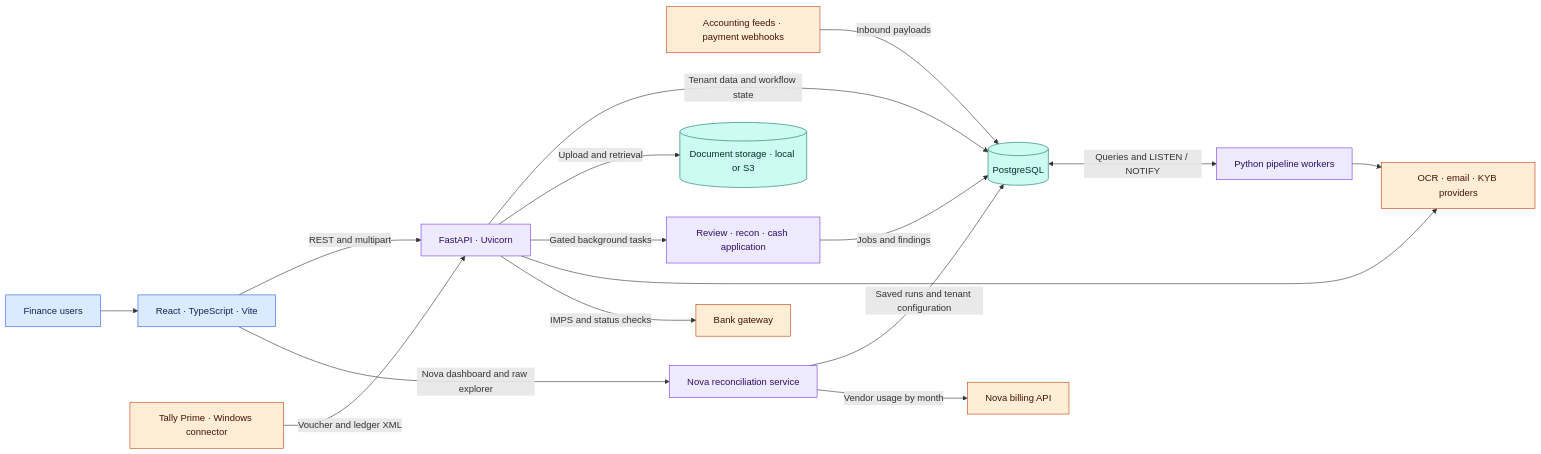
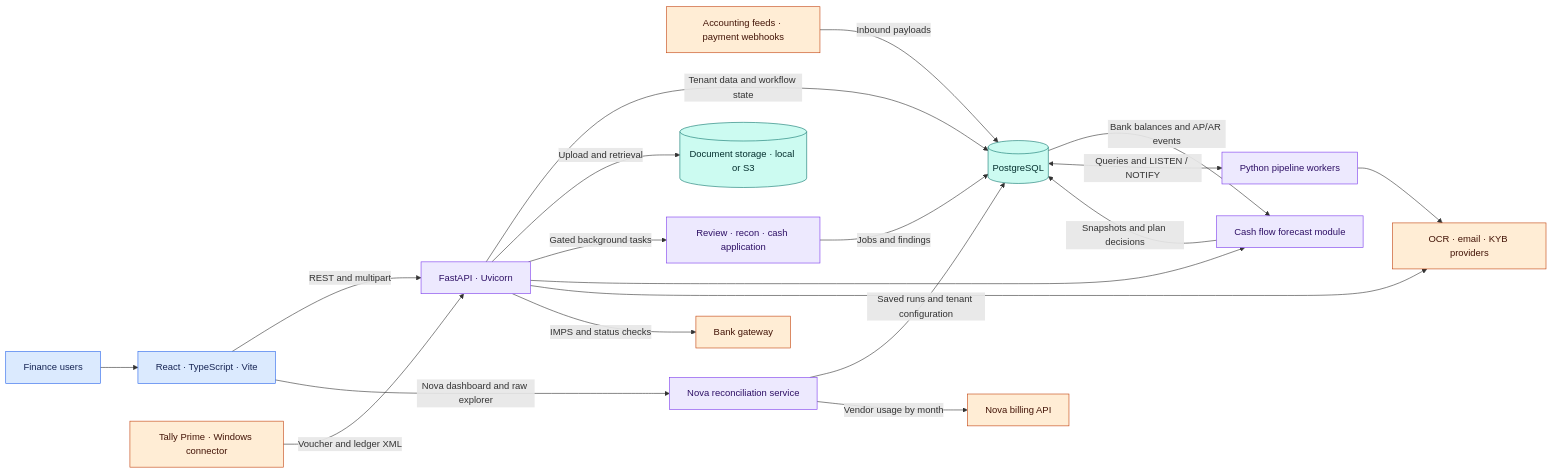
Before and after one commit to r-rishit27/equal_hackathon: the first of 4 diagrams in README.md, drawn with Mermaid. The commit also changed other lines of this file and 4 other files, not shown here.

Commit message:
Document cash flow forecasting across Finance Desk and system architecture

````diff
--- a/README.md
+++ b/README.md
@@ -138,27 +141,30 @@
 ```mermaid
 flowchart LR
     People["Finance users"] --> Web["React · TypeScript · Vite"]
     Web -->|REST and multipart| API["FastAPI · Uvicorn"]
     Tally["Tally Prime · Windows connector"] -->|Voucher and ledger XML| API
     Sources["Accounting feeds · payment webhooks"] -->|Inbound payloads| DB[("PostgreSQL")]
     API -->|Tenant data and workflow state| DB
     API -->|Upload and retrieval| Files[("Document storage · local or S3")]
     API -->|Gated background tasks| Agents["Review · recon · cash application"]
     Agents -->|Jobs and findings| DB
+    API --> Forecast["Cash flow forecast module"]
+    DB -->|Bank balances and AP/AR events| Forecast
+    Forecast -->|Snapshots and plan decisions| DB
     DB <-->|Queries and LISTEN / NOTIFY| Workers["Python pipeline workers"]
     API --> Providers["OCR · email · KYB providers"]
     Workers --> Providers
     API -->|IMPS and status checks| Bank["Bank gateway"]
     Web -->|Nova dashboard and raw explorer| Nova["Nova reconciliation service"]
     Nova -->|Saved runs and tenant configuration| DB
     Nova -->|Vendor usage by month| NovaUpstream["Nova billing API"]
 
     classDef client fill:#dbeafe,stroke:#2563eb,color:#172554;
     classDef compute fill:#ede9fe,stroke:#7c3aed,color:#2e1065;
     classDef data fill:#ccfbf1,stroke:#0f766e,color:#042f2e;
     classDef external fill:#ffedd5,stroke:#c2410c,color:#431407;
     class People,Web client;
-    class API,Agents,Workers,Nova compute;
+    class API,Agents,Workers,Nova,Forecast compute;
     class DB,Files data;
     class Tally,Sources,Providers,Bank,NovaUpstream external;
 ```
````
